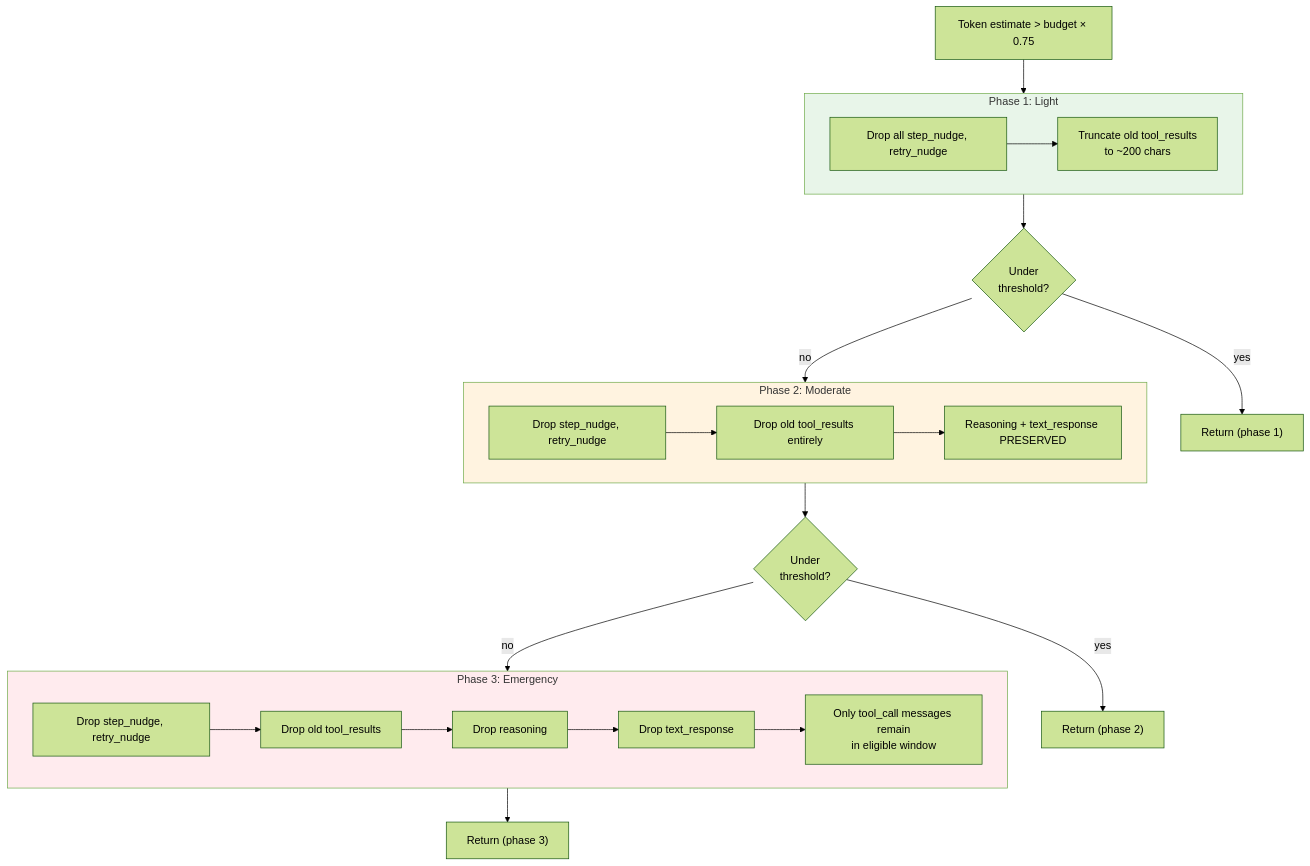
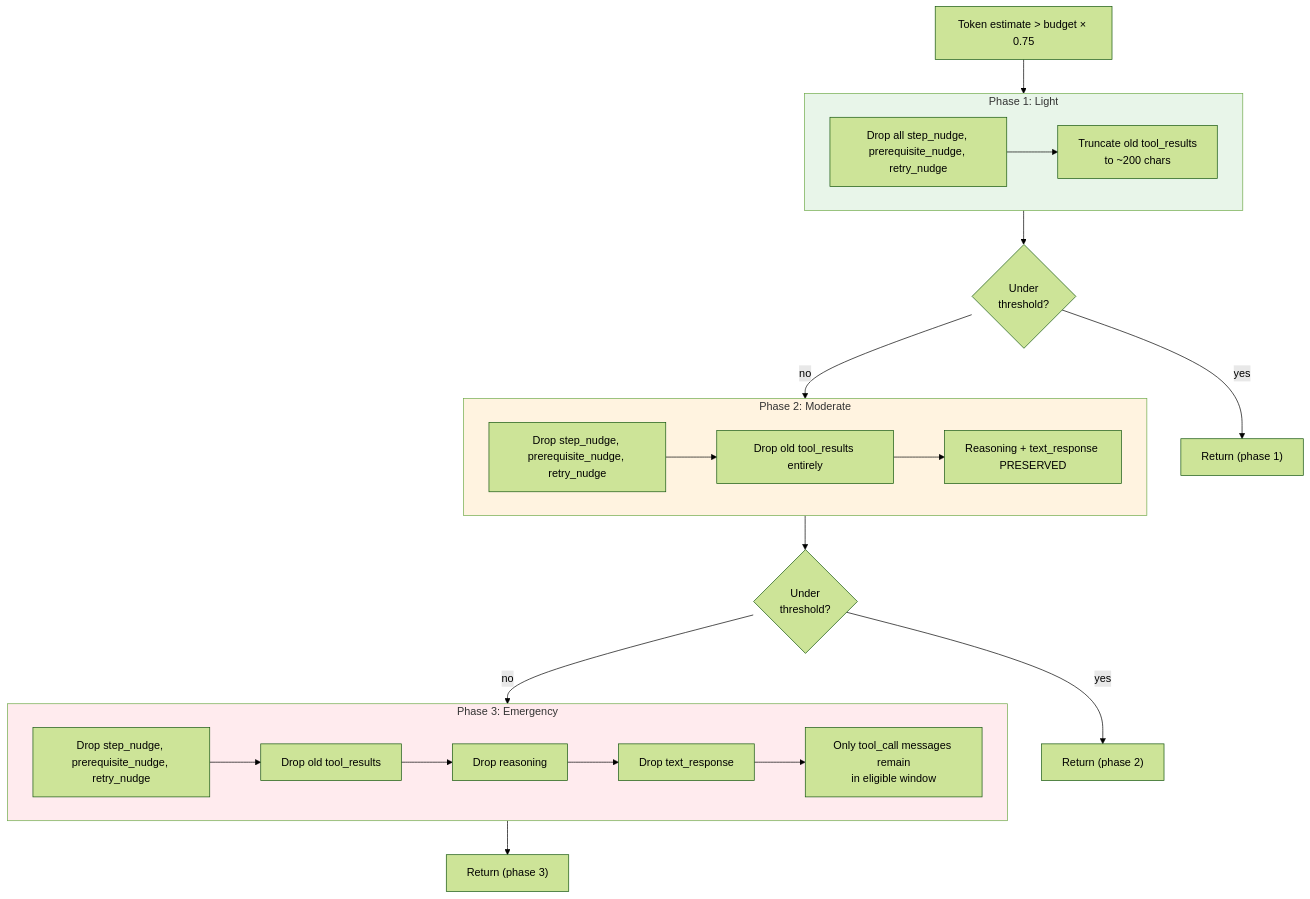
The third of 7 diagrams in docs/WORKFLOW.md (antoinezambelli/forge), drawn with Mermaid (forest theme) before and after one commit. The commit also changed other lines of this file and 6 other files, not shown here.

````diff
--- a/docs/WORKFLOW.md
+++ b/docs/WORKFLOW.md
@@ -160,42 +171,42 @@
 ```mermaid
 flowchart TD
     TRIGGER["Token estimate > budget × 0.75"]
 
     subgraph P1["Phase 1: Light"]
-        P1A["Drop all step_nudge, retry_nudge"]
+        P1A["Drop all step_nudge, prerequisite_nudge, retry_nudge"]
         P1B["Truncate old tool_results<br/>to ~200 chars"]
         P1A --> P1B
     end
 
     subgraph P2["Phase 2: Moderate"]
-        P2A["Drop step_nudge, retry_nudge"]
+        P2A["Drop step_nudge, prerequisite_nudge, retry_nudge"]
         P2B["Drop old tool_results entirely"]
         P2C["Reasoning + text_response PRESERVED"]
         P2A --> P2B --> P2C
     end
 
     subgraph P3["Phase 3: Emergency"]
-        P3A["Drop step_nudge, retry_nudge"]
+        P3A["Drop step_nudge, prerequisite_nudge, retry_nudge"]
         P3B["Drop old tool_results"]
         P3C["Drop reasoning"]
         P3D["Drop text_response"]
         P3E["Only tool_call messages remain<br/>in eligible window"]
         P3A --> P3B --> P3C --> P3D --> P3E
     end
 
     CHECK1{"Under<br/>threshold?"}
     CHECK2{"Under<br/>threshold?"}
 
     TRIGGER --> P1
     P1 --> CHECK1
     CHECK1 -- "yes" --> DONE1["Return (phase 1)"]
     CHECK1 -- "no" --> P2
     P2 --> CHECK2
     CHECK2 -- "yes" --> DONE2["Return (phase 2)"]
     CHECK2 -- "no" --> P3
     P3 --> DONE3["Return (phase 3)"]
 
     style P1 fill:#e8f5e9
     style P2 fill:#fff3e0
     style P3 fill:#ffebee
 ```
````
